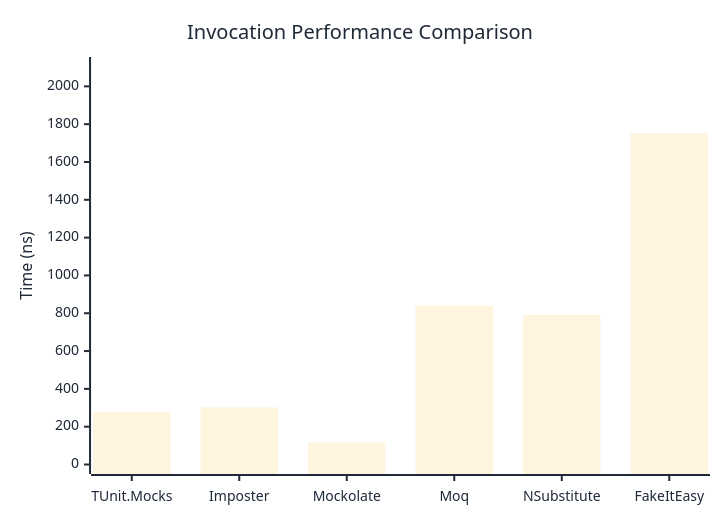
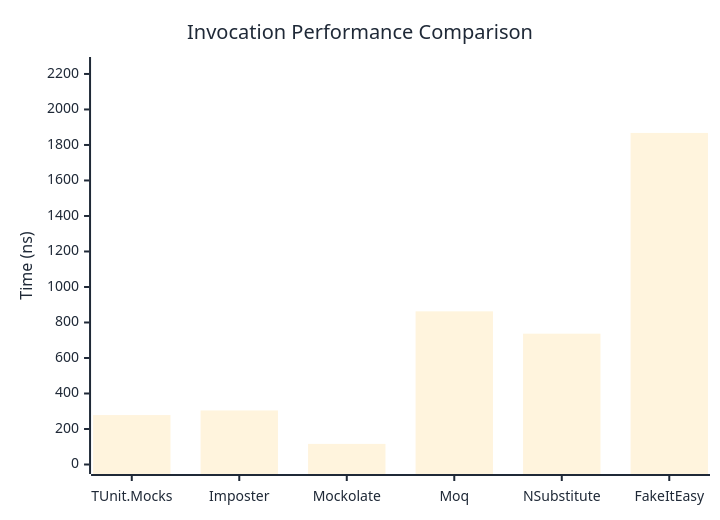
Before and after one commit to thomhurst/TUnit: the first of 3 diagrams in docs/docs/benchmarks/mocks/Invocation.md, drawn with Mermaid. The commit also changed other lines of this file and 14 other files, not shown here.

````diff
--- a/docs/docs/benchmarks/mocks/Invocation.md
+++ b/docs/docs/benchmarks/mocks/Invocation.md
@@ -30,27 +30,27 @@
 ```mermaid
 %%{init: {
   'theme':'base',
   'themeVariables': {
     'primaryColor': '#2563eb',
     'primaryTextColor': '#1f2937',
     'primaryBorderColor': '#1e40af',
     'lineColor': '#6b7280',
     'secondaryColor': '#7c3aed',
     'tertiaryColor': '#dc2626',
     'background': '#ffffff',
     'pie1': '#2563eb',
     'pie2': '#7c3aed',
     'pie3': '#dc2626',
     'pie4': '#f59e0b',
     'pie5': '#10b981',
     'pie6': '#06b6d4',
     'pie7': '#ec4899',
     'pie8': '#6366f1'
   }
 }}%%
 xychart-beta
   title "Invocation Performance Comparison"
   x-axis ["TUnit.Mocks", "Imposter", "Mockolate", "Moq", "NSubstitute", "FakeItEasy"]
-  y-axis "Time (ns)" 0 --> 2105
-  bar [277, 302.04, 117.07, 840.46, 791.06, 1753.44]
+  y-axis "Time (ns)" 0 --> 2242
+  bar [278.5, 304.45, 116.07, 862.75, 736.92, 1867.83]
 ```
````
